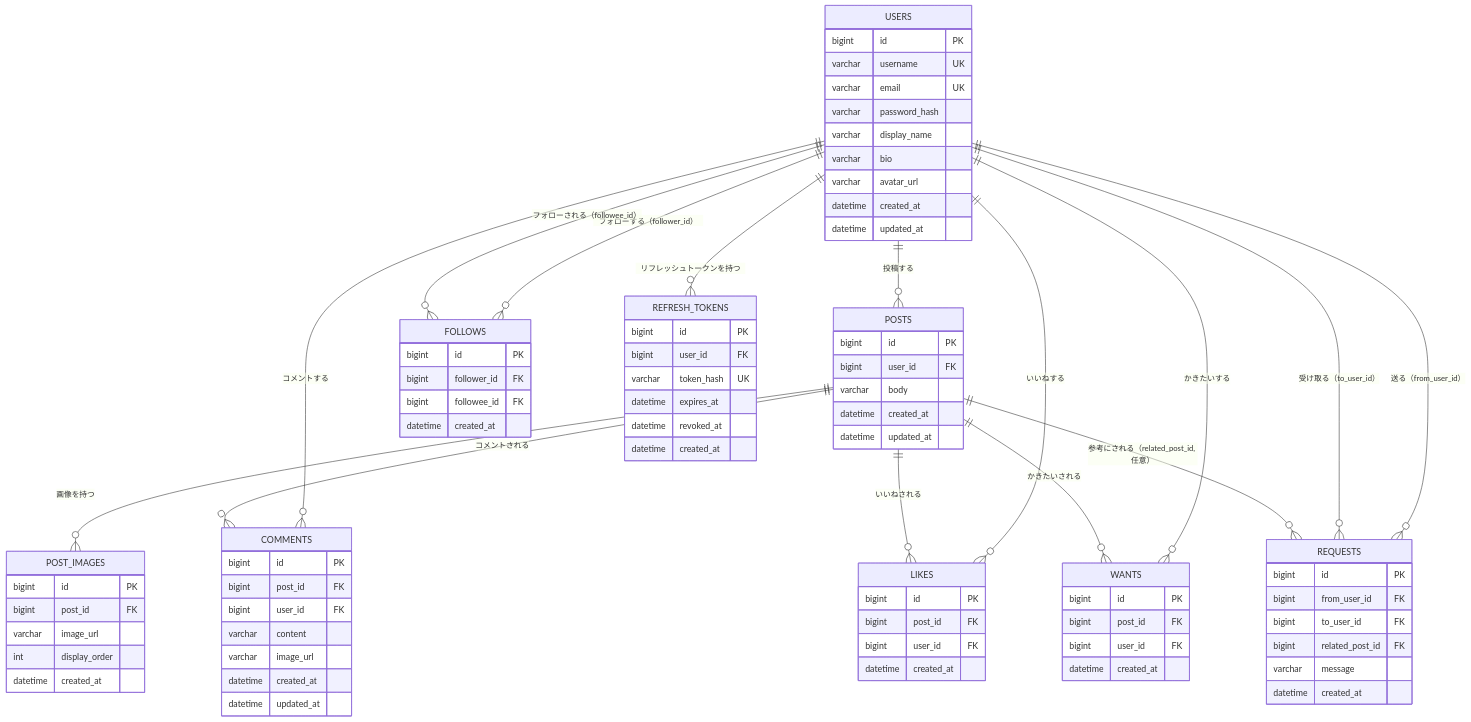
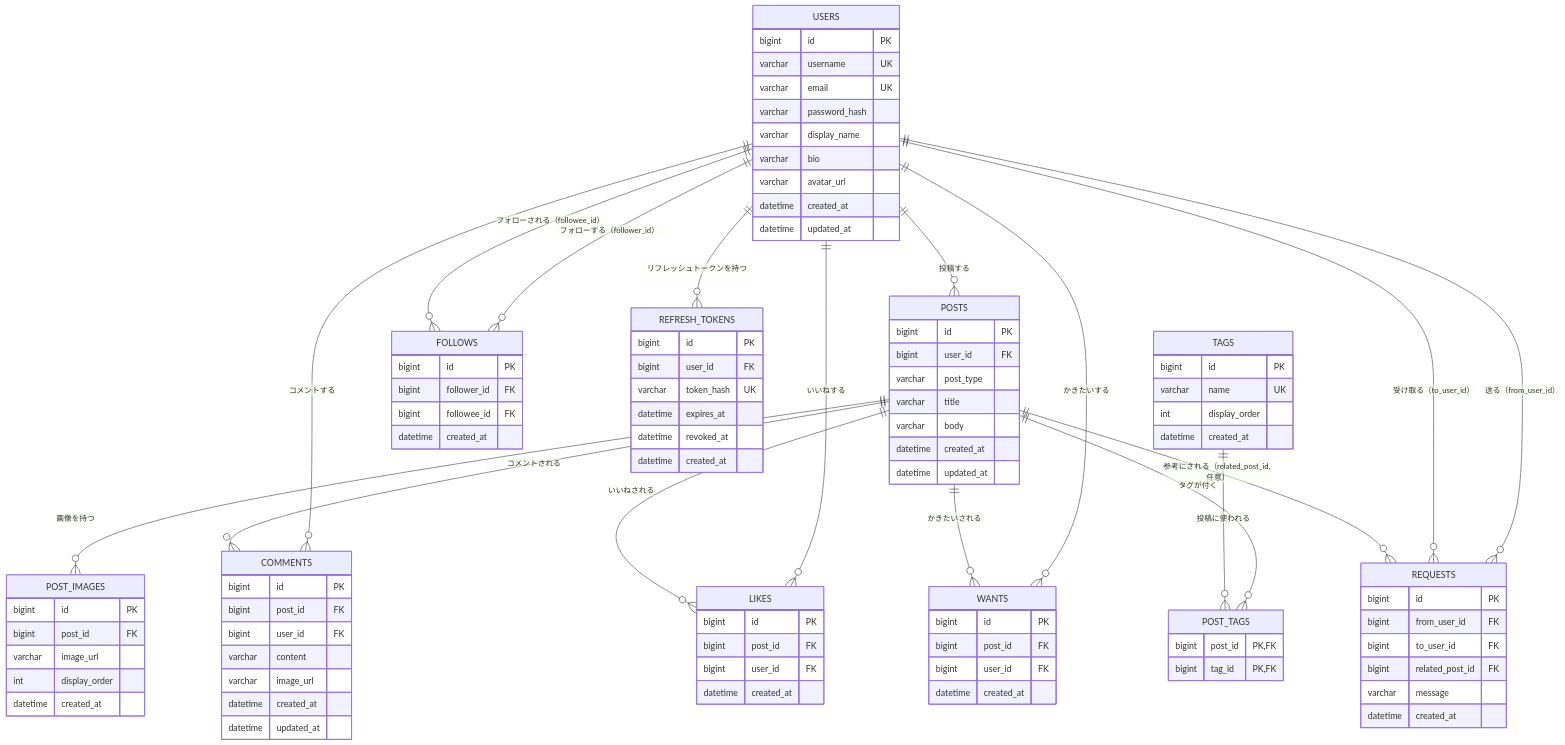
One commit to marinnk/PenAndPalette changed the diagram in docs/basic-design.md. Above: the diagram before and after it, drawn with Mermaid. The commit also changed other lines of this file and 6 other files, not shown here.

```diff
--- a/docs/basic-design.md
+++ b/docs/basic-design.md
@@ -198,6 +228,8 @@
     POSTS ||--o{ LIKES : "いいねされる"
     POSTS ||--o{ WANTS : "かきたいされる"
     POSTS ||--o{ REQUESTS : "参考にされる（related_post_id, 任意）"
+    POSTS ||--o{ POST_TAGS : "タグが付く"
+    TAGS ||--o{ POST_TAGS : "投稿に使われる"
 
     USERS {
         bigint id PK
@@ -213,6 +245,8 @@
     POSTS {
         bigint id PK
         bigint user_id FK
+        varchar post_type
+        varchar title
         varchar body
         datetime created_at
         datetime updated_at
@@ -223,6 +257,16 @@
         varchar image_url
         int display_order
         datetime created_at
+    }
+    TAGS {
+        bigint id PK
+        varchar name UK
+        int display_order
+        datetime created_at
+    }
+    POST_TAGS {
+        bigint post_id PK, FK
+        bigint tag_id PK, FK
     }
     COMMENTS {
         bigint id PK
```
